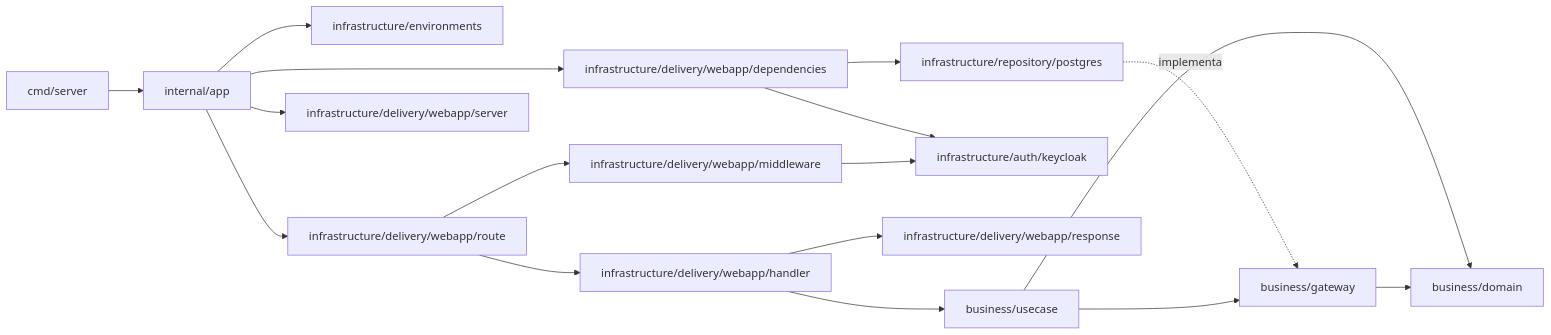
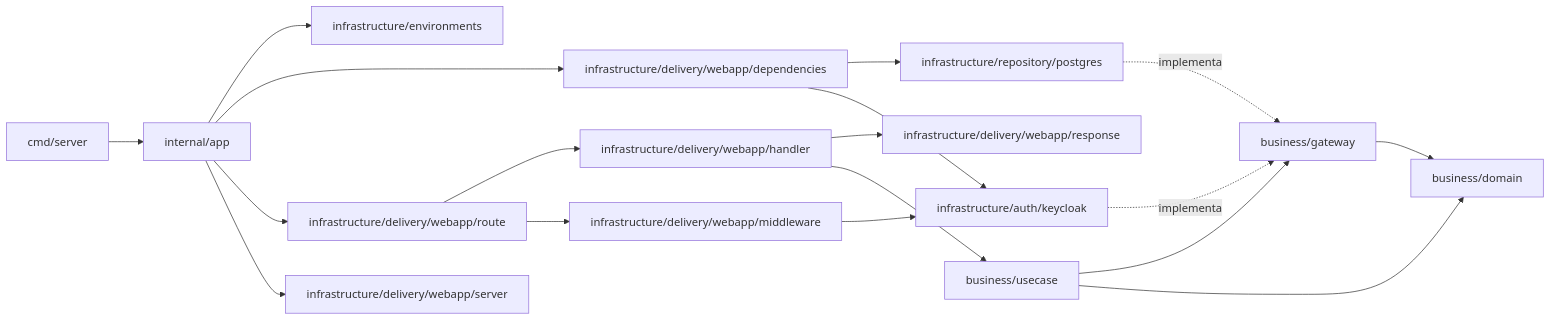
Before and after one commit to LoteoApp/LoteosAPP: the second of 2 diagrams in docs/architecture.md, drawn with Mermaid. The commit also changed other lines of this file and 20 other files, not shown here.

````diff
--- a/docs/architecture.md
+++ b/docs/architecture.md
@@ -127,19 +129,20 @@
 ```mermaid
 flowchart LR
     main["cmd/server"] --> app["internal/app"]
     app --> environments["infrastructure/environments"]
     app --> deps["infrastructure/delivery/webapp/dependencies"]
     app --> route["infrastructure/delivery/webapp/route"]
     app --> server["infrastructure/delivery/webapp/server"]
     deps --> repo["infrastructure/repository/postgres"]
     deps --> keycloak["infrastructure/auth/keycloak"]
     route --> handler["infrastructure/delivery/webapp/handler"]
     route --> middleware["infrastructure/delivery/webapp/middleware"]
     middleware --> keycloak
     handler --> response["infrastructure/delivery/webapp/response"]
     handler --> usecase["business/usecase"]
     repo -.implementa.-> gateway["business/gateway"]
+    keycloak -.implementa.-> gateway
     usecase --> gateway
     usecase --> domain["business/domain"]
     gateway --> domain
 ```
````
